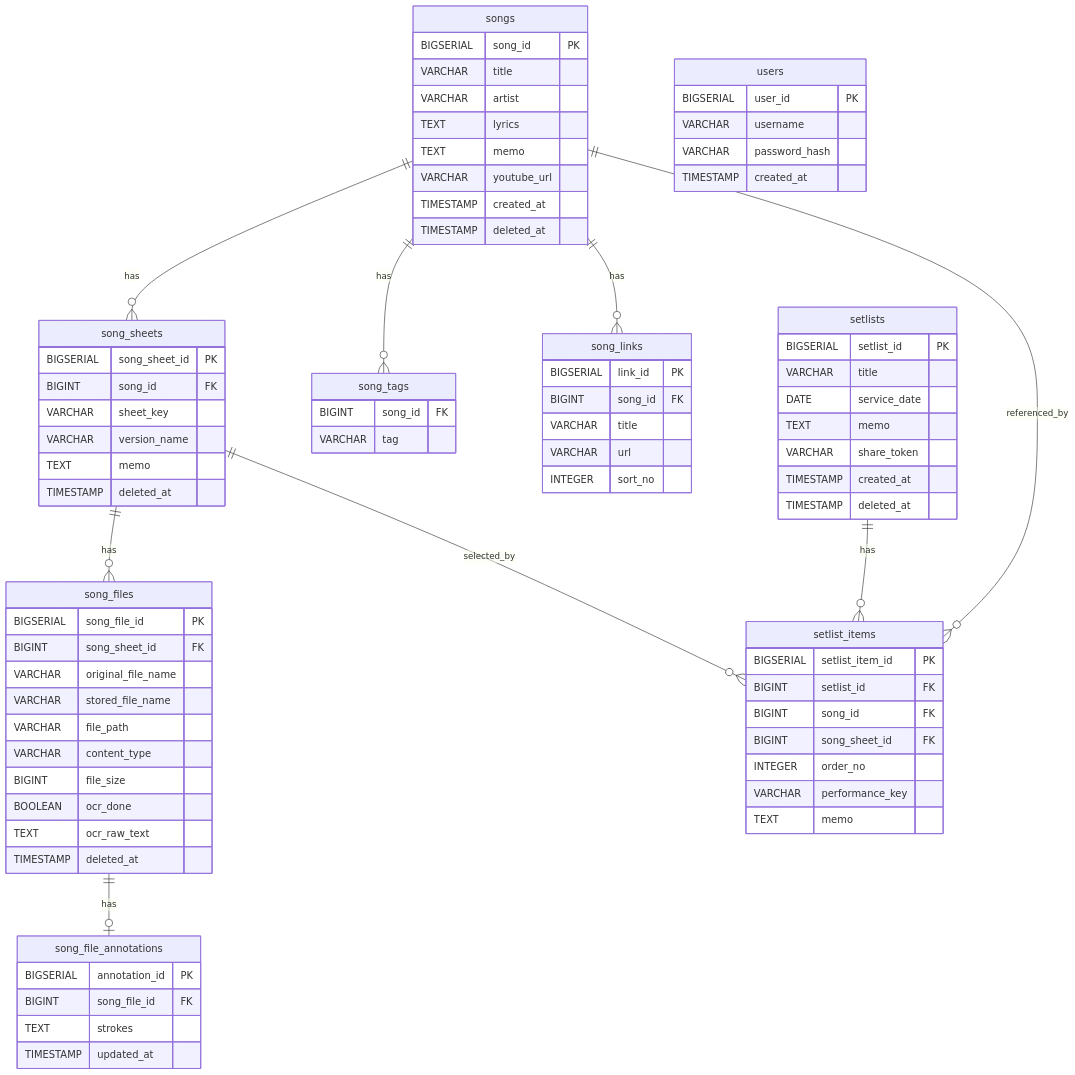
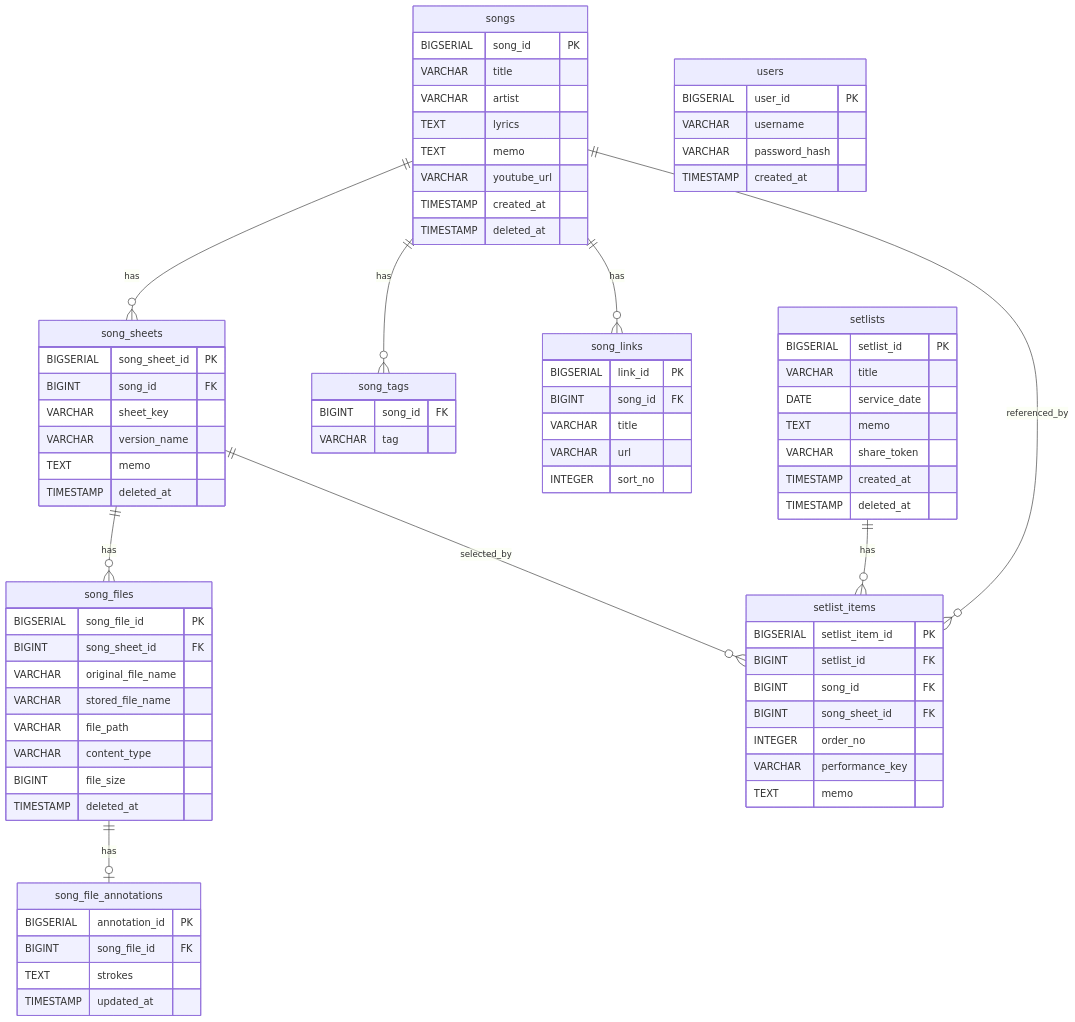
The diagram in README.md (jeybell/sheet-music), drawn with Mermaid before and after one commit. The commit also changed other lines of this file and 22 other files, not shown here.

```diff
--- a/README.md
+++ b/README.md
@@ -181,8 +177,6 @@
         VARCHAR file_path
         VARCHAR content_type
         BIGINT file_size
-        BOOLEAN ocr_done
-        TEXT ocr_raw_text
         TIMESTAMP deleted_at
     }
     song_file_annotations {
```
